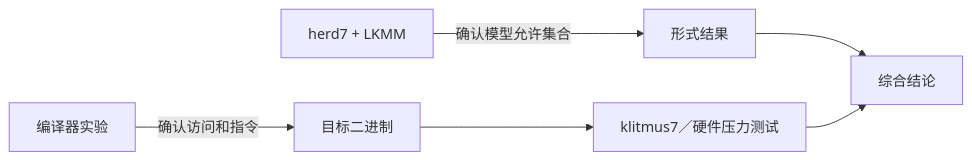
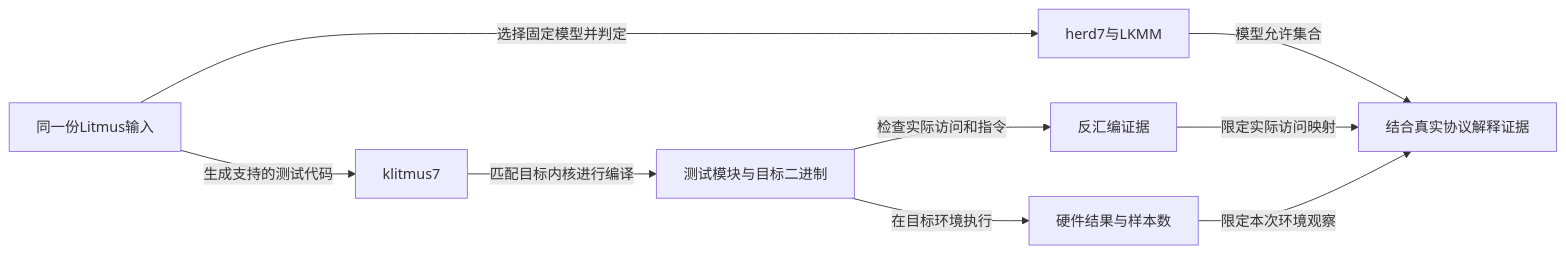
One commit to FormingSystem/linux_note changed the first of 2 diagrams in knowledge/linux/synchronization_and_asynchrony/synchronization/memory_ordering/P09_Litmus_形式验证与硬件实验.md. Above: the diagram before and after it, drawn with Mermaid. The commit also changed other lines of this file and 5 other files, not shown here.

````diff
--- a/knowledge/linux/synchronization_and_asynchrony/synchronization/memory_ordering/P09_Litmus_形式验证与硬件实验.md
+++ b/knowledge/linux/synchronization_and_asynchrony/synchronization/memory_ordering/P09_Litmus_形式验证与硬件实验.md
@@ -23,8 +23,11 @@
 ```mermaid
 flowchart LR
-    A[编译器实验] -->|确认访问和指令| C[目标二进制]
-    B[herd7 + LKMM] -->|确认模型允许集合| M[形式结果]
-    C --> H[klitmus7／硬件压力测试]
-    M --> R[综合结论]
-    H --> R
+    L[同一份Litmus输入] -->|选择固定模型并判定| B[herd7与LKMM]
+    B -->|模型允许集合| R[结合真实协议解释证据]
+    L -->|生成支持的测试代码| K[klitmus7]
+    K -->|匹配目标内核进行编译| C[测试模块与目标二进制]
+    C -->|检查实际访问和指令| A[反汇编证据]
+    C -->|在目标环境执行| H[硬件结果与样本数]
+    A -->|限定实际访问映射| R
+    H -->|限定本次环境观察| R
 ```
````
